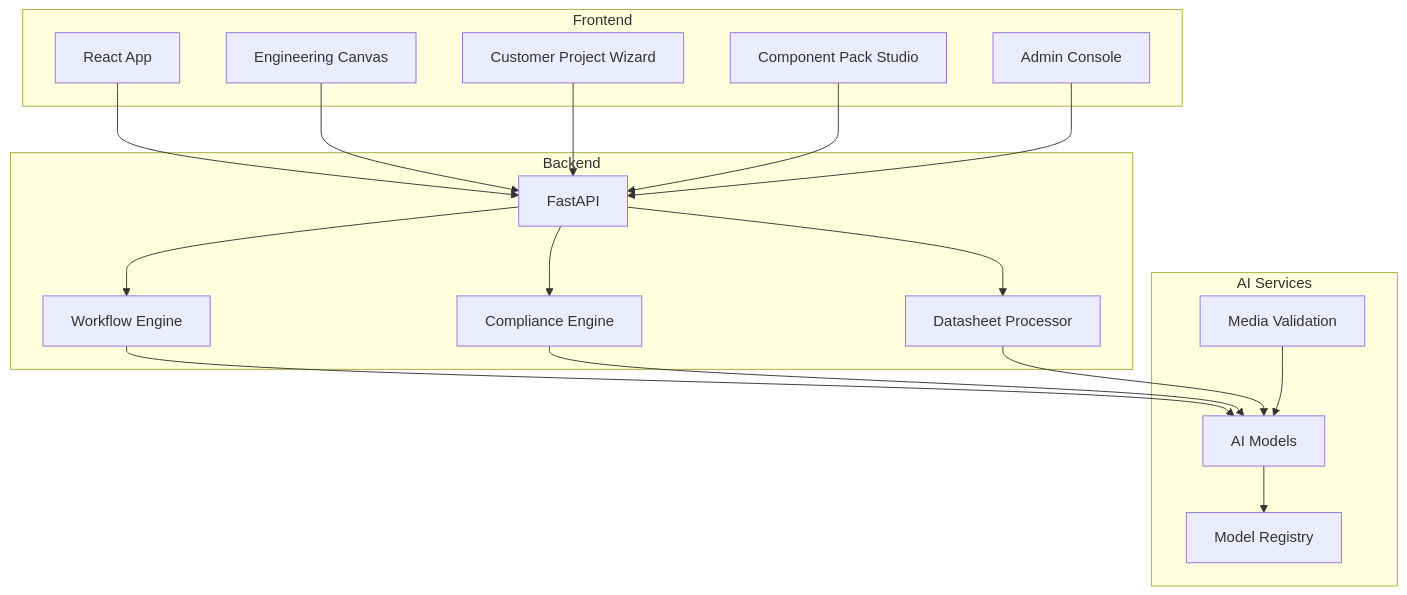
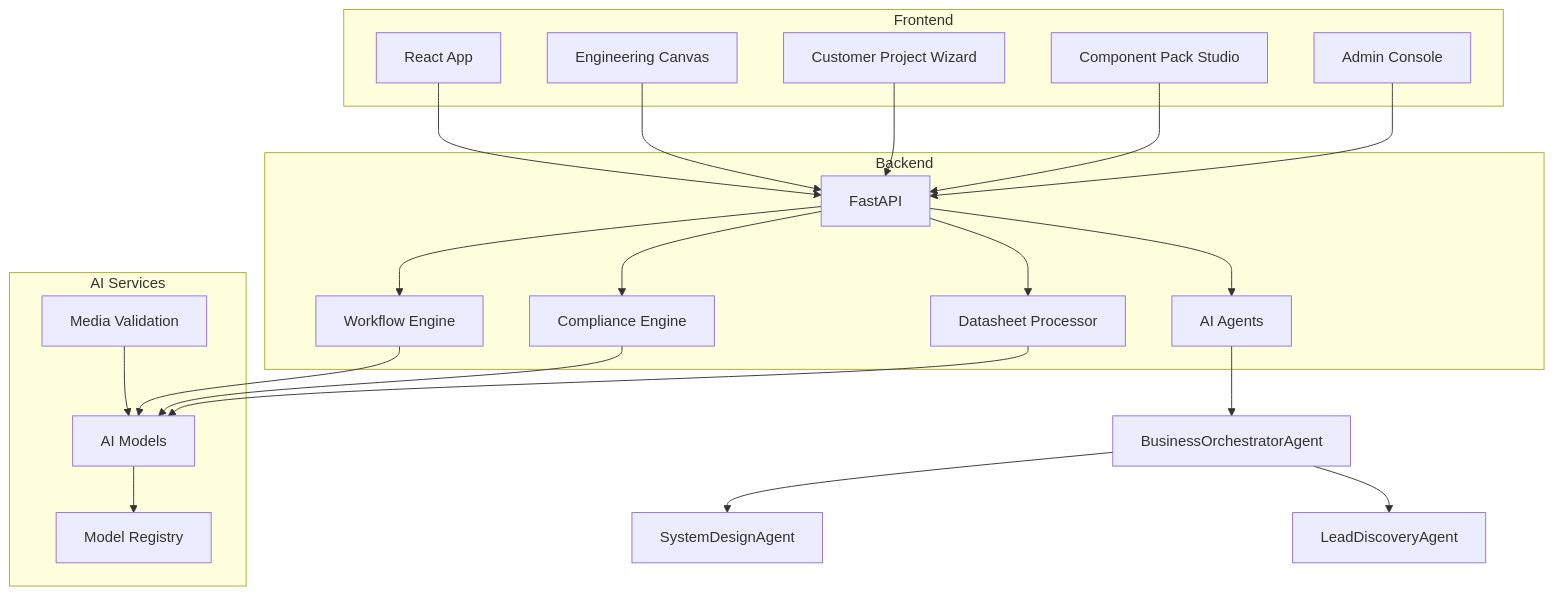
The diagram in README.md (MJcoder-ai/OriginFlow), drawn with Mermaid before and after one commit. The commit also changed other lines of this file, not shown here.

Commit message:
docs: update README with AI agents info

````diff
--- a/README.md
+++ b/README.md
@@ -366,34 +395,39 @@
 ```mermaid
 graph TD
     subgraph Frontend
         A[React App]
         B[Engineering Canvas]
         C[Customer Project Wizard]
         D[Component Pack Studio]
         E[Admin Console]
     end
     subgraph Backend
         F[FastAPI]
         G[Workflow Engine]
         H[Compliance Engine]
         I[Datasheet Processor]
+        Agents[AI Agents]
     end
     subgraph AI Services
         J[AI Models]
         K[Media Validation]
         L[Model Registry]
     end
     A --> F
     B --> F
     C --> F
     D --> F
     E --> F
     F --> G
     F --> H
     F --> I
+    F --> Agents
+    Agents --> Orchestrator[BusinessOrchestratorAgent]
+    Orchestrator --> SystemDesign[SystemDesignAgent]
+    Orchestrator --> LeadGen[LeadDiscoveryAgent]
     G --> J
     H --> J
     I --> J
     J --> L
     K --> J
 ```
````
